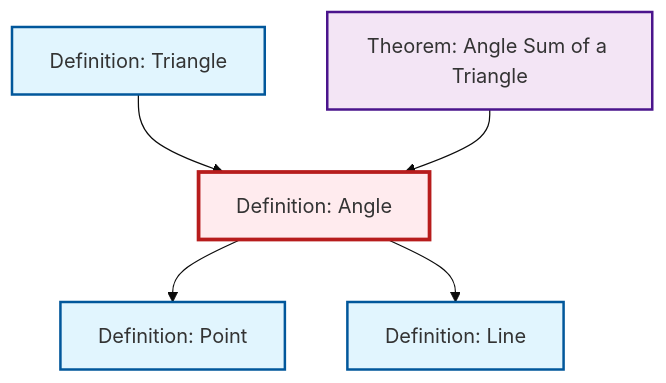
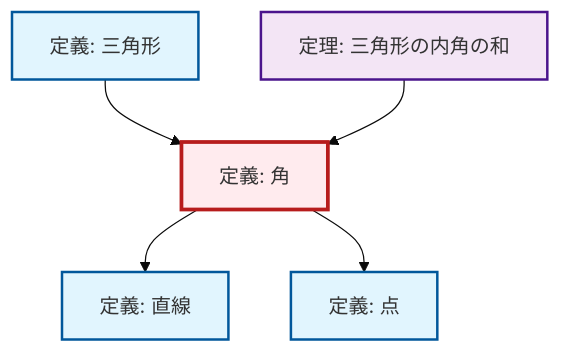
The diagram in content/ja/geometry/def-angle.qmd (RK0429/ModernMath), drawn with Mermaid (base theme) before and after one commit. The commit also changed 1069 other files, not shown here.

````diff
--- a/content/ja/geometry/def-angle.qmd
+++ b/content/ja/geometry/def-angle.qmd
@@ -50,23 +50,23 @@
 ```{mermaid}
 %%| fig-cap: "Local dependency graph"
 graph TD
     classDef definition fill:#e1f5fe,stroke:#01579b,stroke-width:2px
     classDef theorem fill:#f3e5f5,stroke:#4a148c,stroke-width:2px
     classDef axiom fill:#fff3e0,stroke:#e65100,stroke-width:2px
     classDef example fill:#e8f5e9,stroke:#1b5e20,stroke-width:2px
     classDef current fill:#ffebee,stroke:#b71c1c,stroke-width:3px
-    def-line["Definition: Line"]:::definition
-    def-point["Definition: Point"]:::definition
-    def-triangle["Definition: Triangle"]:::definition
-    thm-angle-sum-triangle["Theorem: Angle Sum of a Triangle"]:::theorem
-    def-angle["Definition: Angle"]:::definition
-    def-angle --> def-point
+    def-line["定義: 直線"]:::definition
+    def-triangle["定義: 三角形"]:::definition
+    def-point["定義: 点"]:::definition
+    def-angle["定義: 角"]:::definition
+    thm-angle-sum-triangle["定理: 三角形の内角の和"]:::theorem
     def-angle --> def-line
     def-triangle --> def-angle
     thm-angle-sum-triangle --> def-angle
+    def-angle --> def-point
     class def-angle current
-    click def-line "def-line.html" "Definition: Lineへ"
-    click def-point "def-point.html" "Definition: Pointへ"
-    click def-triangle "def-triangle.html" "Definition: Triangleへ"
-    click thm-angle-sum-triangle "thm-angle-sum-triangle.html" "Theorem: Angle Sum of a Triangleへ"
+    click def-line "def-line.html" "直線の定義へ"
+    click def-triangle "def-triangle.html" "三角形の定義へ"
+    click def-point "def-point.html" "点の定義へ"
+    click thm-angle-sum-triangle "thm-angle-sum-triangle.html" "三角形の内角の和の定理へ"
 ```
````
